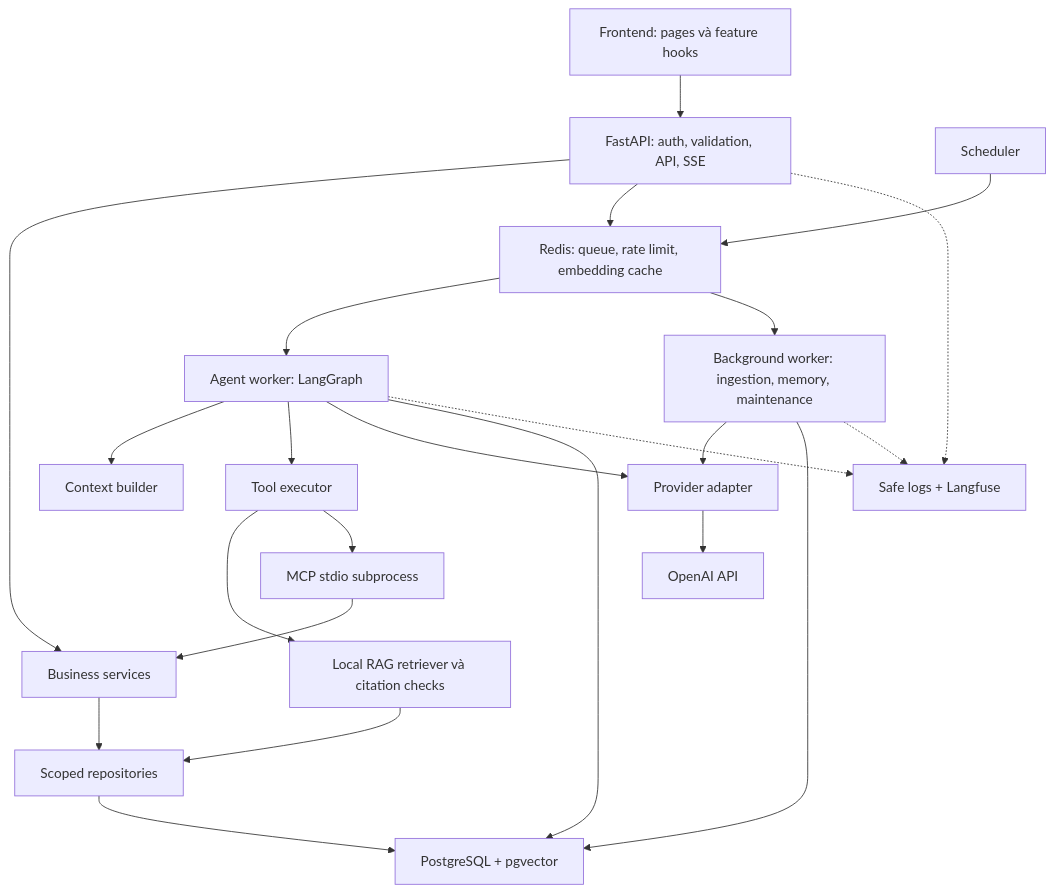
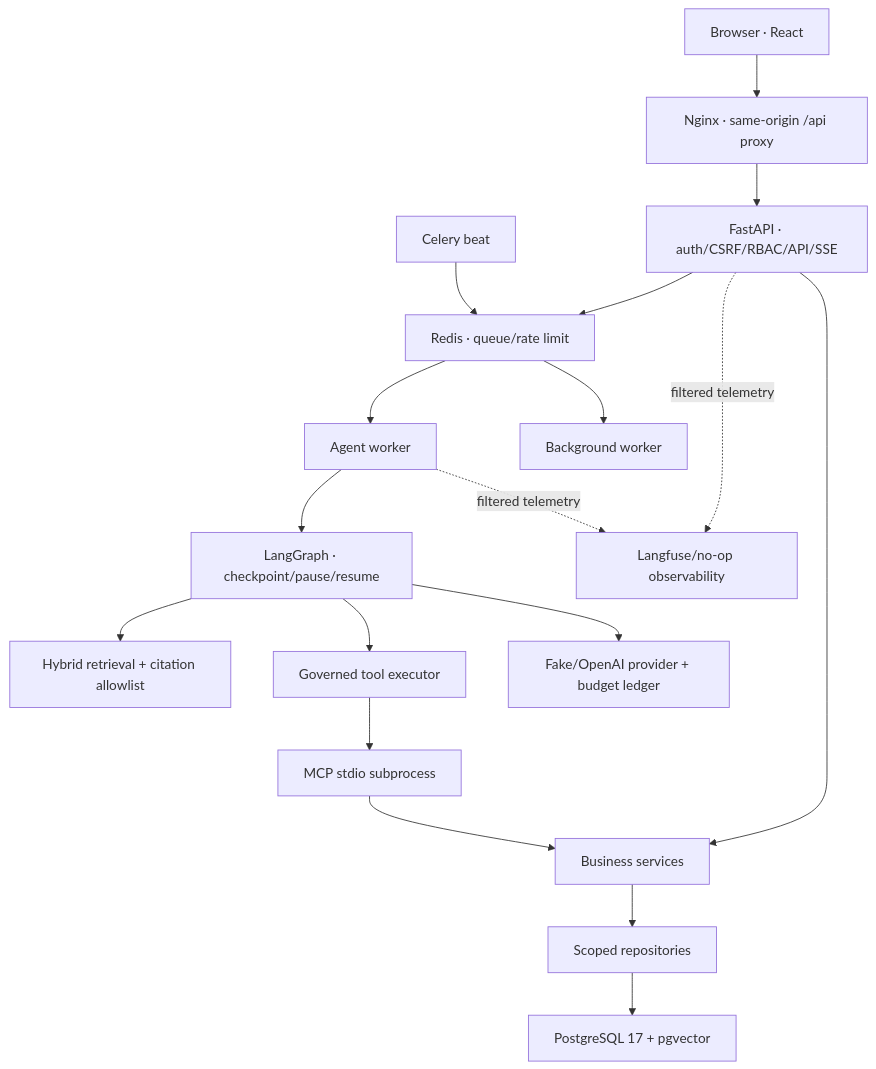
One commit to trunglap923/IT-Support-Agent-Platform changed the diagram in docs/architecture.md. Above: the diagram before and after it, drawn with Mermaid. The commit also changed other lines of this file and 11 other files, not shown here.

````diff
--- a/docs/architecture.md
+++ b/docs/architecture.md
@@ -9,25 +7,20 @@
 ```mermaid
 flowchart TD
-    UI["Frontend: pages và feature hooks"] --> API["FastAPI: auth, validation, API, SSE"]
+    UI["Browser · React"] --> NGINX["Nginx · same-origin /api proxy"]
+    NGINX --> API["FastAPI · auth/CSRF/RBAC/API/SSE"]
     API --> SVC["Business services"]
     SVC --> REPO["Scoped repositories"]
-    REPO --> PG["PostgreSQL + pgvector"]
-    API --> REDIS["Redis: queue, rate limit, embedding cache"]
-    BEAT["Scheduler"] --> REDIS
-    REDIS --> AW["Agent worker: LangGraph"]
-    REDIS --> BW["Background worker: ingestion, memory, maintenance"]
-    AW --> CONTEXT["Context builder"]
-    AW --> EXEC["Tool executor"]
-    EXEC --> RAG["Local RAG retriever và citation checks"]
-    RAG --> REPO
+    REPO --> PG["PostgreSQL 17 + pgvector"]
+    API --> REDIS["Redis · queue/rate limit"]
+    BEAT["Celery beat"] --> REDIS
+    REDIS --> AW["Agent worker"]
+    REDIS --> BW["Background worker"]
+    AW --> GRAPH["LangGraph · checkpoint/pause/resume"]
+    GRAPH --> RAG["Hybrid retrieval + citation allowlist"]
+    GRAPH --> EXEC["Governed tool executor"]
     EXEC --> MCP["MCP stdio subprocess"]
     MCP --> SVC
-    AW --> MODEL["Provider adapter"]
-    BW --> MODEL
-    MODEL --> OPENAI["OpenAI API"]
-    AW --> PG
-    BW --> PG
-    API -.-> OBS["Safe logs + Langfuse"]
-    AW -.-> OBS
-    BW -.-> OBS
+    GRAPH --> MODEL["Fake/OpenAI provider + budget ledger"]
+    API -. filtered telemetry .-> OBS["Langfuse/no-op observability"]
+    AW -. filtered telemetry .-> OBS
 ```
````
